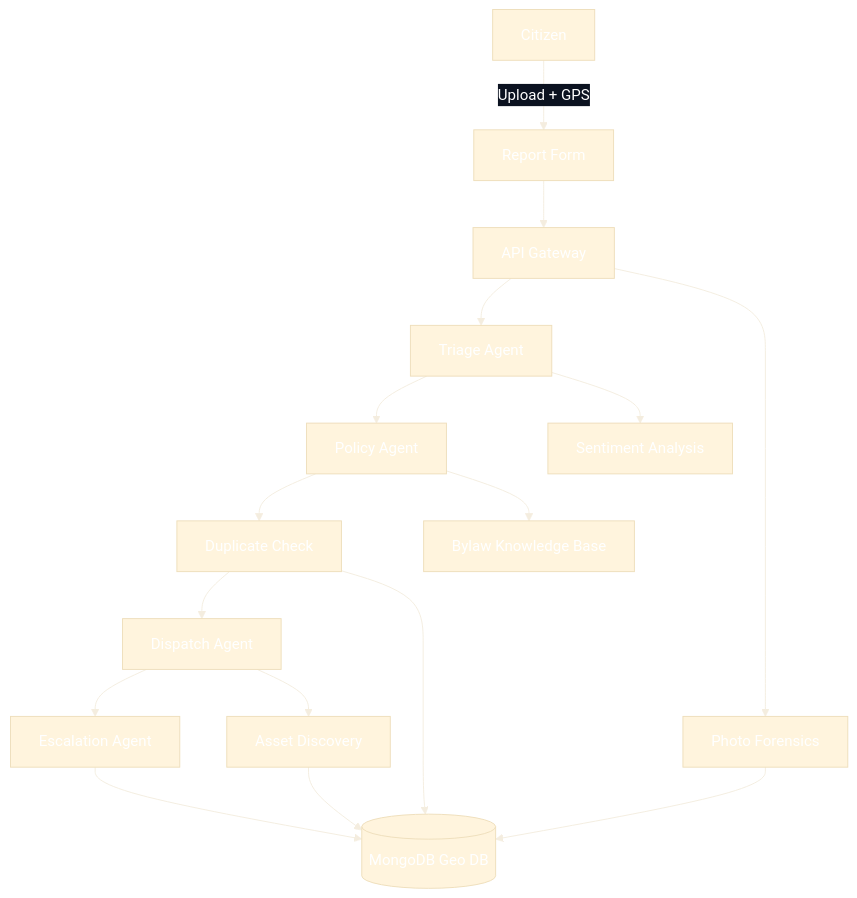
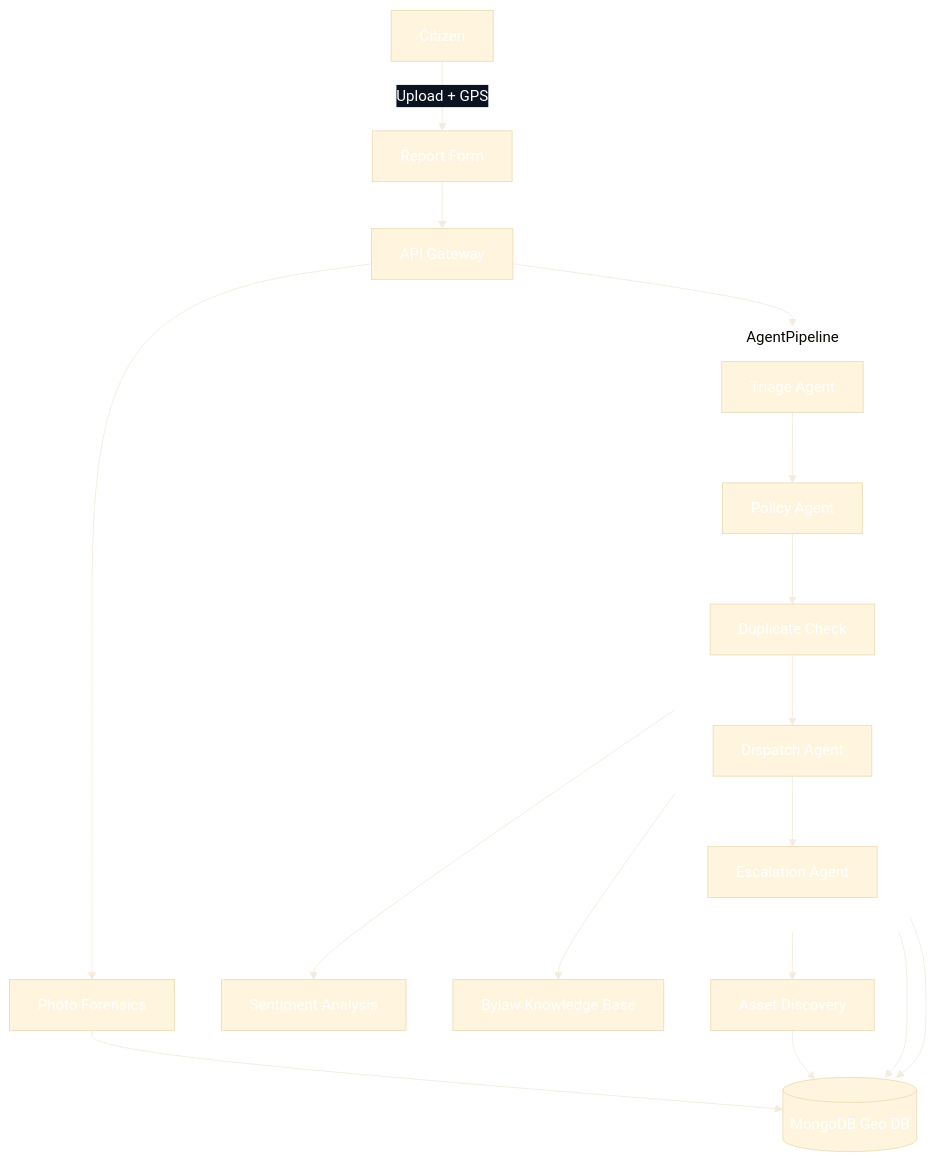
One commit to Ytrrs-CraftVerse/CityCare changed the diagram in README.md. Above: the diagram before and after it, drawn with Mermaid.

Commit message:
Improve agent pipeline diagram in README
Refactor the agent pipeline diagram for clarity and remove redundant connections.

````diff
--- a/README.md
+++ b/README.md
@@ -90,36 +90,41 @@
 ```mermaid
 %%{init: {'theme': 'base', 'themeVariables': { 
 'background': '#0b1220',
 'primaryTextColor': '#ffffff',
 'edgeLabelBackground': '#0b1220'
 }}}%%
 
 graph TD
 
-%% INPUT
 Citizen -->|Upload + GPS| ReportForm[Report Form]
 ReportForm --> Backend[API Gateway]
 
-%% CORE PIPELINE
-Backend --> Triage[Triage Agent]
-Triage --> Policy[Policy Agent]
-Policy --> Duplicate[Duplicate Check]
-Duplicate --> Dispatch[Dispatch Agent]
-Dispatch --> Escalation[Escalation Agent]
+subgraph AgentPipeline
+direction TB
+Triage[Triage Agent]
+Policy[Policy Agent]
+Duplicate[Duplicate Check]
+Dispatch[Dispatch Agent]
+Escalation[Escalation Agent]
 
-%% SUPPORT (placed near parents)
+Triage --> Policy --> Duplicate --> Dispatch --> Escalation
+end
+
+Backend --> Triage
+
+%% Remove that ugly grey box
+style AgentPipeline fill:transparent,stroke-width:0px
+
+%% Support
 Triage --> Sentiment[Sentiment Analysis]
 Policy --> Knowledge[Bylaw Knowledge Base]
+Backend --> Forensics[Photo Forensics]
 Dispatch --> Assets[Asset Discovery]
 
-%% SIDE PROCESS (no long loop)
-Backend --> Forensics[Photo Forensics]
-
-%% DATABASE (single direction only)
+%% DB
 DB[(MongoDB Geo DB)]
-
-Escalation --> DB
+Triage --> DB
+Duplicate --> DB
 Forensics --> DB
 Assets --> DB
-Duplicate --> DB
 ```
````
